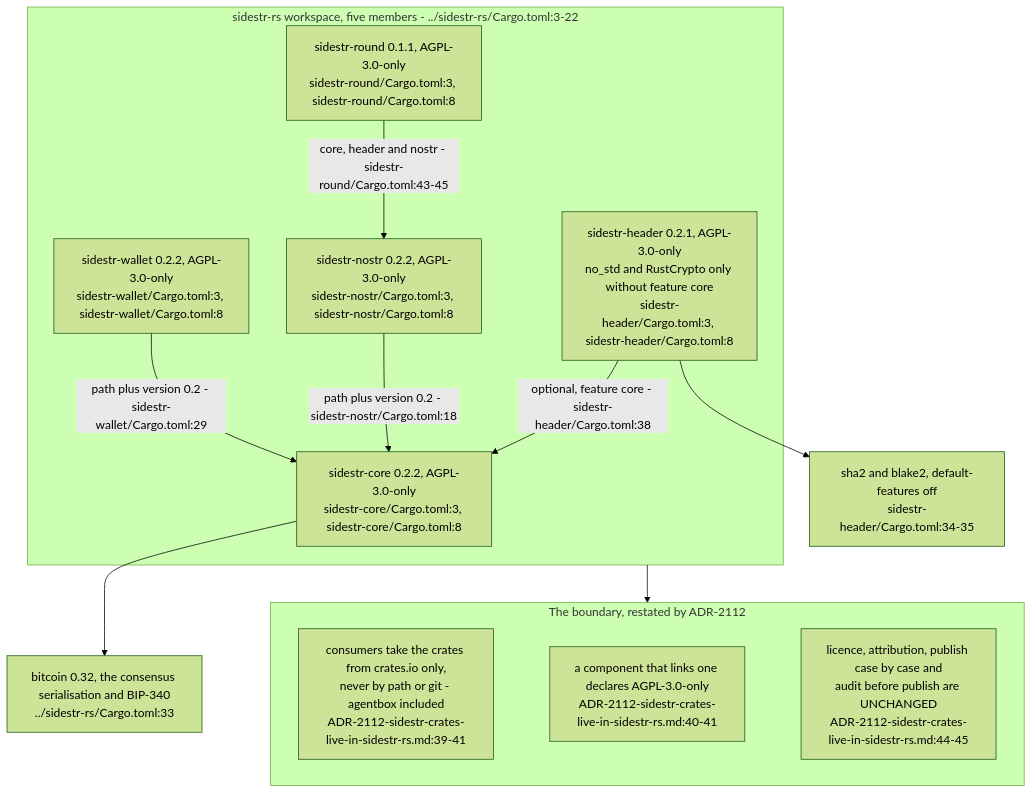
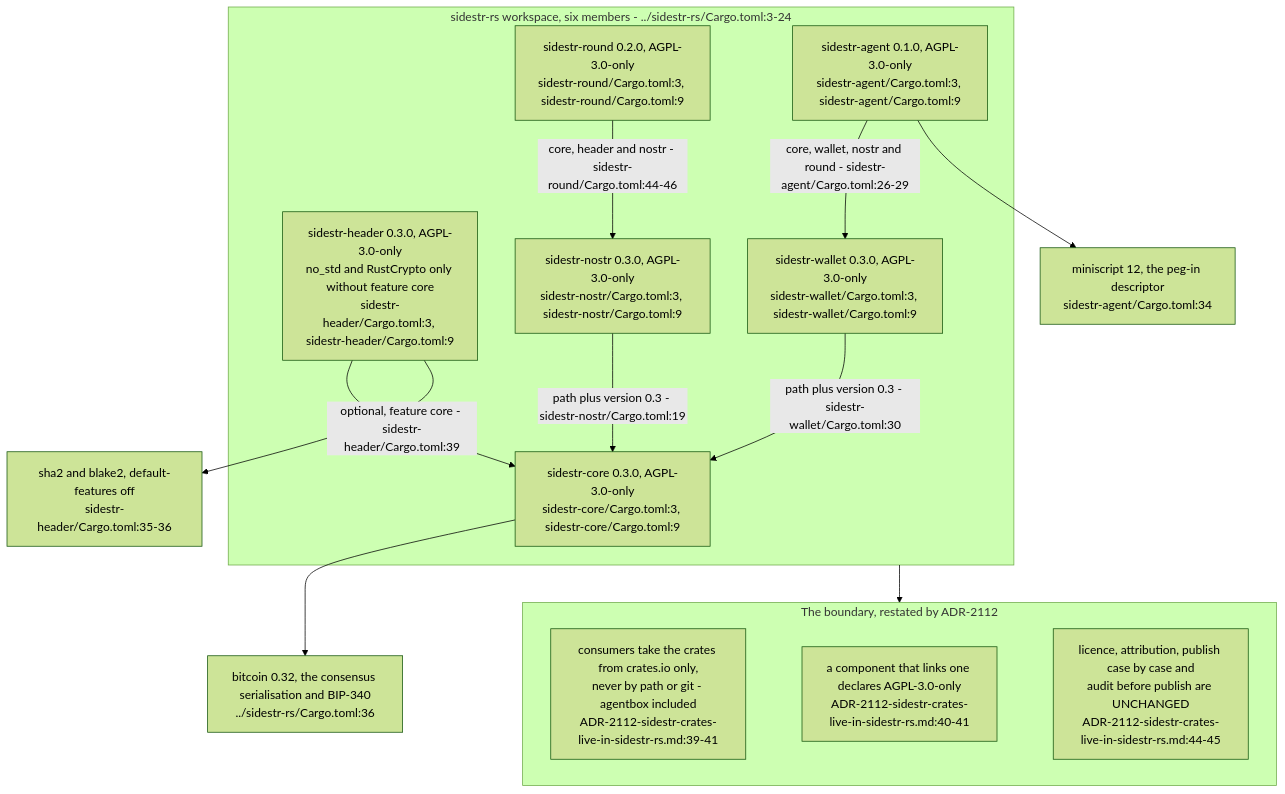
Before and after one commit to DreamLab-AI/VisionFlow: the first of 6 diagrams in docs/diagrams/sidestr-rs/01-crates-oracle-and-live-loop.md, drawn with Mermaid (forest theme). The commit also changed other lines of this file and 5 other files, not shown here.

First line of the commit message:
docs(diagrams): re-stamp SR-01 at sidestr-rs 592b2ff — six crates, pinned oracle CI, SPEC 0.0.3, sidestr-agent

````diff
--- a/docs/diagrams/sidestr-rs/01-crates-oracle-and-live-loop.md
+++ b/docs/diagrams/sidestr-rs/01-crates-oracle-and-live-loop.md
@@ -48,23 +54,26 @@
 ```mermaid
 flowchart TB
-    subgraph ws["sidestr-rs workspace, five members - ../sidestr-rs/Cargo.toml:3-22"]
-        C["sidestr-core 0.2.2, AGPL-3.0-only<br/>sidestr-core/Cargo.toml:3, sidestr-core/Cargo.toml:8"]
-        H["sidestr-header 0.2.1, AGPL-3.0-only<br/>no_std and RustCrypto only without feature core<br/>sidestr-header/Cargo.toml:3, sidestr-header/Cargo.toml:8"]
-        N["sidestr-nostr 0.2.2, AGPL-3.0-only<br/>sidestr-nostr/Cargo.toml:3, sidestr-nostr/Cargo.toml:8"]
-        W["sidestr-wallet 0.2.2, AGPL-3.0-only<br/>sidestr-wallet/Cargo.toml:3, sidestr-wallet/Cargo.toml:8"]
-        RD["sidestr-round 0.1.1, AGPL-3.0-only<br/>sidestr-round/Cargo.toml:3, sidestr-round/Cargo.toml:8"]
+    subgraph ws["sidestr-rs workspace, six members - ../sidestr-rs/Cargo.toml:3-24"]
+        C["sidestr-core 0.3.0, AGPL-3.0-only<br/>sidestr-core/Cargo.toml:3, sidestr-core/Cargo.toml:9"]
+        H["sidestr-header 0.3.0, AGPL-3.0-only<br/>no_std and RustCrypto only without feature core<br/>sidestr-header/Cargo.toml:3, sidestr-header/Cargo.toml:9"]
+        N["sidestr-nostr 0.3.0, AGPL-3.0-only<br/>sidestr-nostr/Cargo.toml:3, sidestr-nostr/Cargo.toml:9"]
+        W["sidestr-wallet 0.3.0, AGPL-3.0-only<br/>sidestr-wallet/Cargo.toml:3, sidestr-wallet/Cargo.toml:9"]
+        RD["sidestr-round 0.2.0, AGPL-3.0-only<br/>sidestr-round/Cargo.toml:3, sidestr-round/Cargo.toml:9"]
+        AG["sidestr-agent 0.1.0, AGPL-3.0-only<br/>sidestr-agent/Cargo.toml:3, sidestr-agent/Cargo.toml:9"]
     end
-    H -->|"optional, feature core - sidestr-header/Cargo.toml:38"| C
-    N -->|"path plus version 0.2 - sidestr-nostr/Cargo.toml:18"| C
-    W -->|"path plus version 0.2 - sidestr-wallet/Cargo.toml:29"| C
-    RD -->|"core, header and nostr - sidestr-round/Cargo.toml:43-45"| N
-    C --> BTC["bitcoin 0.32, the consensus serialisation and BIP-340<br/>../sidestr-rs/Cargo.toml:33"]
-    H --> RC["sha2 and blake2, default-features off<br/>sidestr-header/Cargo.toml:34-35"]
+    H -->|"optional, feature core - sidestr-header/Cargo.toml:39"| C
+    N -->|"path plus version 0.3 - sidestr-nostr/Cargo.toml:19"| C
+    W -->|"path plus version 0.3 - sidestr-wallet/Cargo.toml:30"| C
+    RD -->|"core, header and nostr - sidestr-round/Cargo.toml:44-46"| N
+    AG -->|"core, wallet, nostr and round - sidestr-agent/Cargo.toml:26-29"| W
+    C --> BTC["bitcoin 0.32, the consensus serialisation and BIP-340<br/>../sidestr-rs/Cargo.toml:36"]
+    H --> RC["sha2 and blake2, default-features off<br/>sidestr-header/Cargo.toml:35-36"]
+    AG --> MS["miniscript 12, the peg-in descriptor<br/>sidestr-agent/Cargo.toml:34"]
     subgraph rule["The boundary, restated by ADR-2112"]
         R1["consumers take the crates from crates.io only,<br/>never by path or git - agentbox included<br/>ADR-2112-sidestr-crates-live-in-sidestr-rs.md:39-41"]
         R2["a component that links one declares AGPL-3.0-only<br/>ADR-2112-sidestr-crates-live-in-sidestr-rs.md:40-41"]
         R3["licence, attribution, publish case by case and<br/>audit before publish are UNCHANGED<br/>ADR-2112-sidestr-crates-live-in-sidestr-rs.md:44-45"]
         R1 ~~~ R2 ~~~ R3
     end
     ws --> rule
 ```
````
